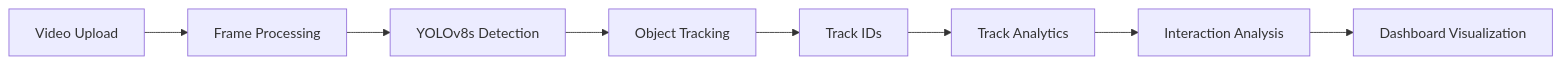
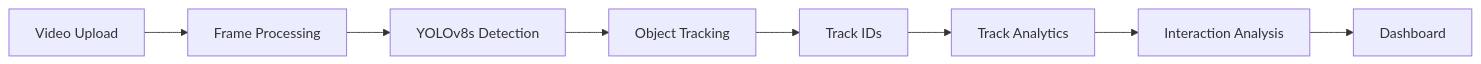
Before and after one commit to Debankumardas/AI-Visual-Intelligence-API: the first of 3 diagrams in README.md, drawn with Mermaid. The commit also changed other lines of this file, not shown here.

````diff
--- a/README.md
+++ b/README.md
@@ -185,10 +178,10 @@
 ```mermaid
 flowchart LR
     A[Video Upload] --> B[Frame Processing]
     B --> C[YOLOv8s Detection]
     C --> D[Object Tracking]
     D --> E[Track IDs]
     E --> F[Track Analytics]
     F --> G[Interaction Analysis]
-    G --> H[Dashboard Visualization]
+    G --> H[Dashboard]
 ```
````
